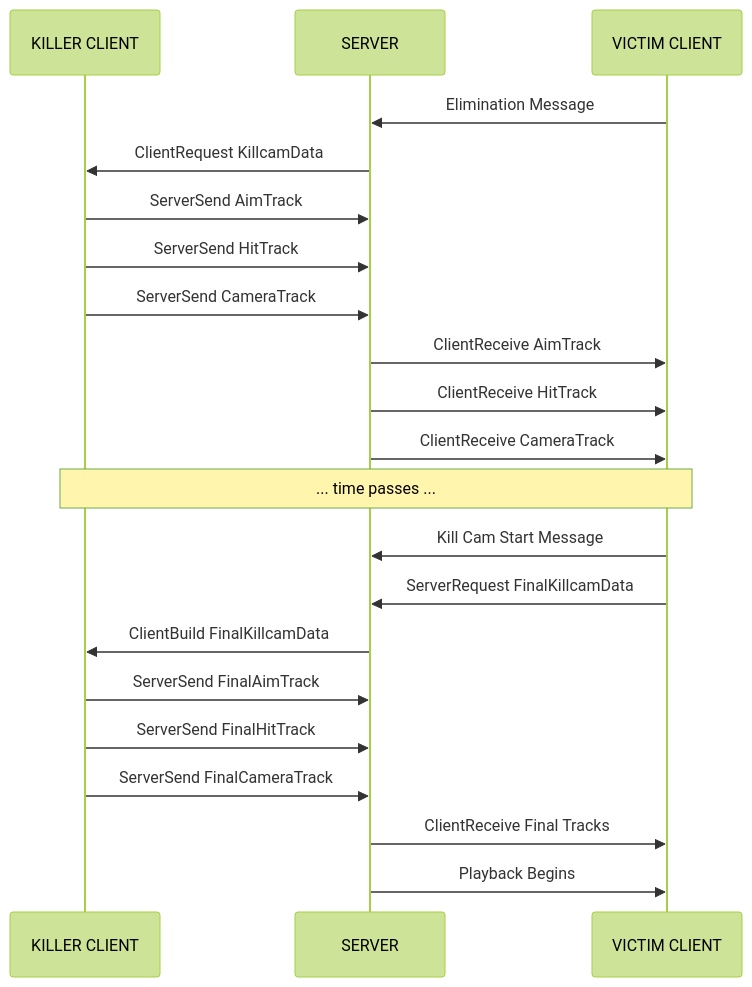
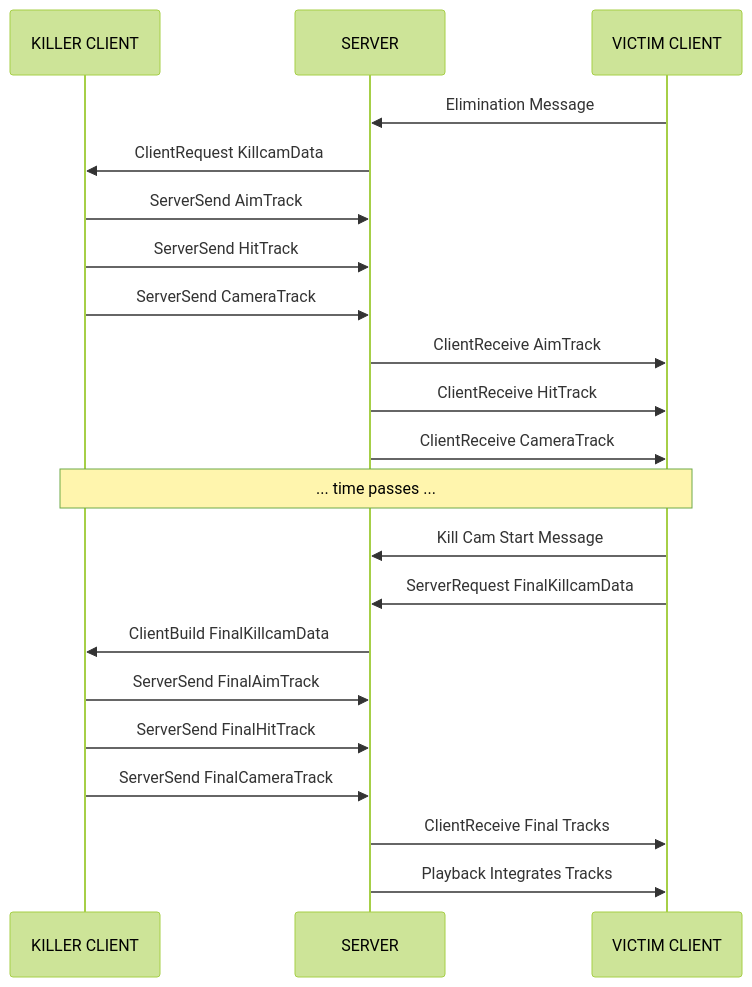
One commit to outliyr/outliyr-docs changed the diagram in outliyr-framework/docs/core-modules/shooter-base/kill-cam/data-transfer-and-networking.md. Above: the diagram before and after it, drawn with Mermaid (forest theme). The commit also changed other lines of this file and 4 other files, not shown here.

````diff
--- a/outliyr-framework/docs/core-modules/shooter-base/kill-cam/data-transfer-and-networking.md
+++ b/outliyr-framework/docs/core-modules/shooter-base/kill-cam/data-transfer-and-networking.md
@@ -327,31 +327,31 @@
 ```mermaid
 sequenceDiagram
     participant K as KILLER CLIENT
     participant S as SERVER
     participant V as VICTIM CLIENT
 
     V->>S: Elimination Message
 
     S->>K: ClientRequest KillcamData
     K->>S: ServerSend AimTrack
     K->>S: ServerSend HitTrack
     K->>S: ServerSend CameraTrack
 
     S->>V: ClientReceive AimTrack
     S->>V: ClientReceive HitTrack
     S->>V: ClientReceive CameraTrack
 
     Note over K,V: ... time passes ...
 
     V->>S: Kill Cam Start Message
     V->>S: ServerRequest FinalKillcamData
 
     S->>K: ClientBuild FinalKillcamData
     K->>S: ServerSend FinalAimTrack
     K->>S: ServerSend FinalHitTrack
     K->>S: ServerSend FinalCameraTrack
 
     S->>V: ClientReceive Final Tracks
-    S->>V: Playback Begins
+    S->>V: Playback Integrates Tracks
 
 ```
````
